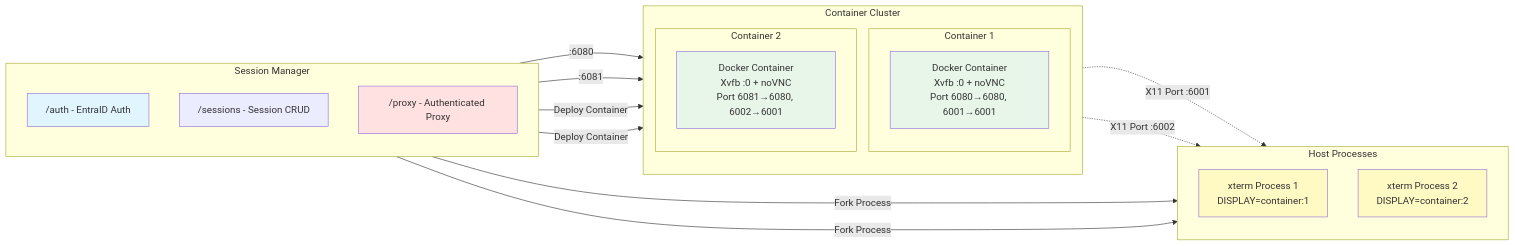
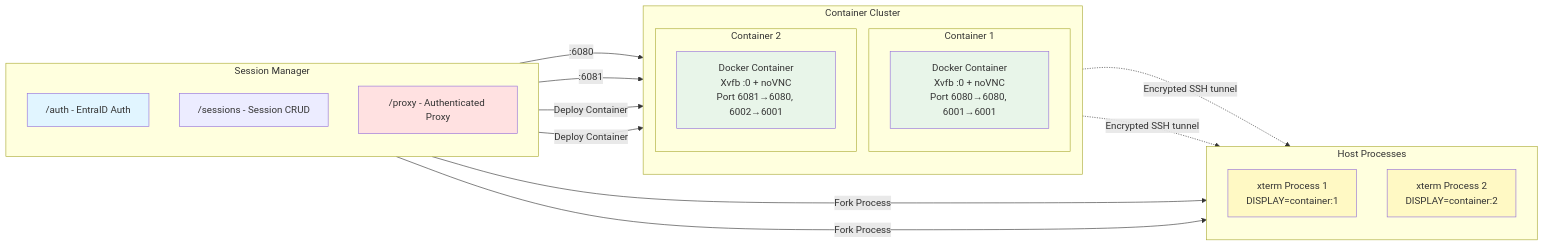
Before and after one commit to khowling/x11-to-html: the first of 2 diagrams in README.md, drawn with Mermaid. The commit also changed other lines of this file and 9 other files, not shown here.

````diff
--- a/README.md
+++ b/README.md
@@ -7,45 +7,45 @@
 ```mermaid
 graph LR
     subgraph "Session Manager"
         direction TB
         AUTH["/auth - EntraID Auth"]
         SM["/sessions - Session CRUD"]
         PROXY["/proxy - Authenticated Proxy"]
     end
     
     PROXY -->|:6080| D1
     PROXY -->|:6081| D2
     
     SM -->|Fork Process| XT1
     SM -->|Fork Process| XT2
     
     subgraph CC["Container Cluster"]
         direction TB
         subgraph C1["Container 1"]
             D1["Docker Container<br/>Xvfb :0 + noVNC<br/>Port 6080→6080, 6001→6001"]
         end
         
         subgraph C2["Container 2"]
             D2["Docker Container<br/>Xvfb :0 + noVNC<br/>Port 6081→6080, 6002→6001"]
         end
     end
     
     SM -->|Deploy Container| D1
     SM -->|Deploy Container| D2
     
-    D1 -.->|X11 Port :6001| XT1
-    D2 -.->|X11 Port :6002| XT2
+    D1 -.->|Encrypted SSH tunnel| XT1
+    D2 -.->|Encrypted SSH tunnel| XT2
     
     subgraph HP["Host Processes"]
         direction TB
         XT1["xterm Process 1<br/>DISPLAY=container:1"]
         XT2["xterm Process 2<br/>DISPLAY=container:2"]
     end
     
     style AUTH fill:#e1f5ff
     style PROXY fill:#ffe1e1
     style D1 fill:#e8f5e9
     style D2 fill:#e8f5e9
     style XT1 fill:#fff9c4
     style XT2 fill:#fff9c4
 ```
````
